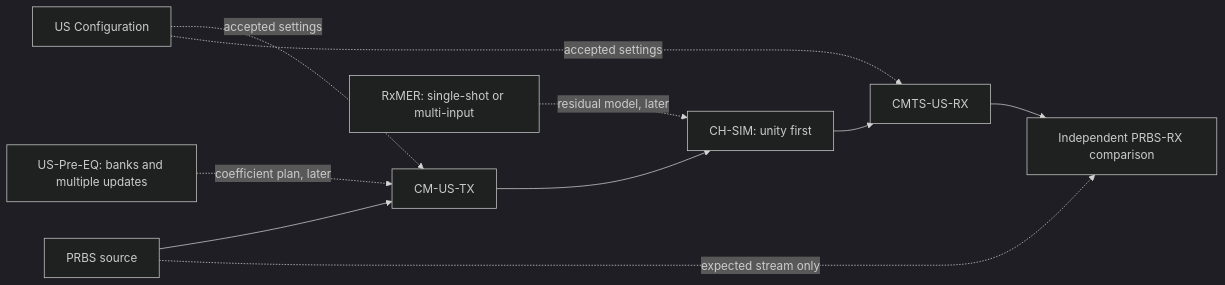
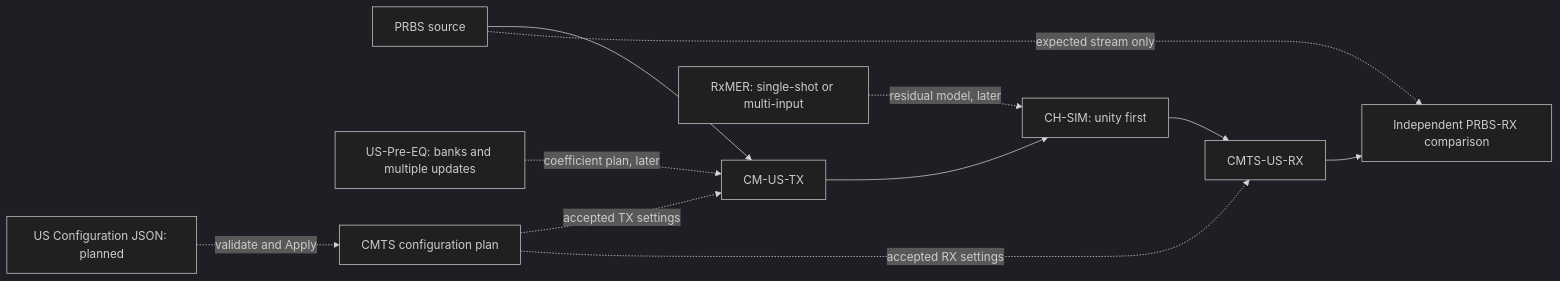
One commit to PyPNMApps/morgana changed the diagram in README.md. Above: the diagram before and after it, drawn with Mermaid (dark theme). The commit also changed other lines of this file and 9 other files, not shown here.

Commit message:
Documentation: Add CMTS configuration JSON architecture - Place US Configuration plan under CMTS-US-RX - Update shared TX and RX configuration flows - Record MULPI coverage and schema delivery plan - Tests: Local validation and navigation checks pass

````diff
--- a/README.md
+++ b/README.md
@@ -93,12 +93,13 @@
 ```mermaid
 flowchart LR
     SOURCE[PRBS source] --> TX[CM-US-TX]
     TX --> CHANNEL[CH-SIM: unity first]
     MER[RxMER: single-shot or multi-input] -. residual model, later .-> CHANNEL
     PRE[US-Pre-EQ: banks and multiple updates] -. coefficient plan, later .-> TX
-    CFG[US Configuration] -. accepted settings .-> TX
-    CFG -. accepted settings .-> RX
+    JSON[US Configuration JSON: planned] -. validate and Apply .-> CFG[CMTS configuration plan]
+    CFG -. accepted TX settings .-> TX
+    CFG -. accepted RX settings .-> RX
     CHANNEL --> RX[CMTS-US-RX]
     RX --> VERIFY[Independent PRBS-RX comparison]
     SOURCE -. expected stream only .-> VERIFY
 ```
````
